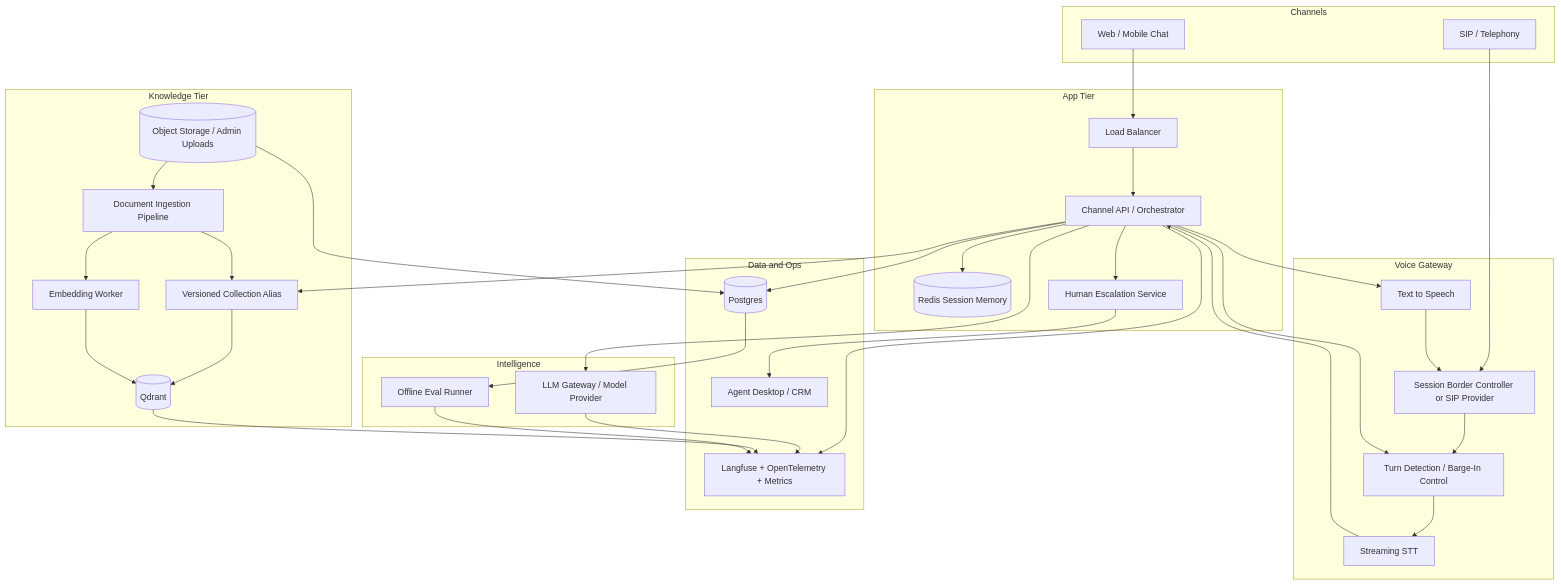
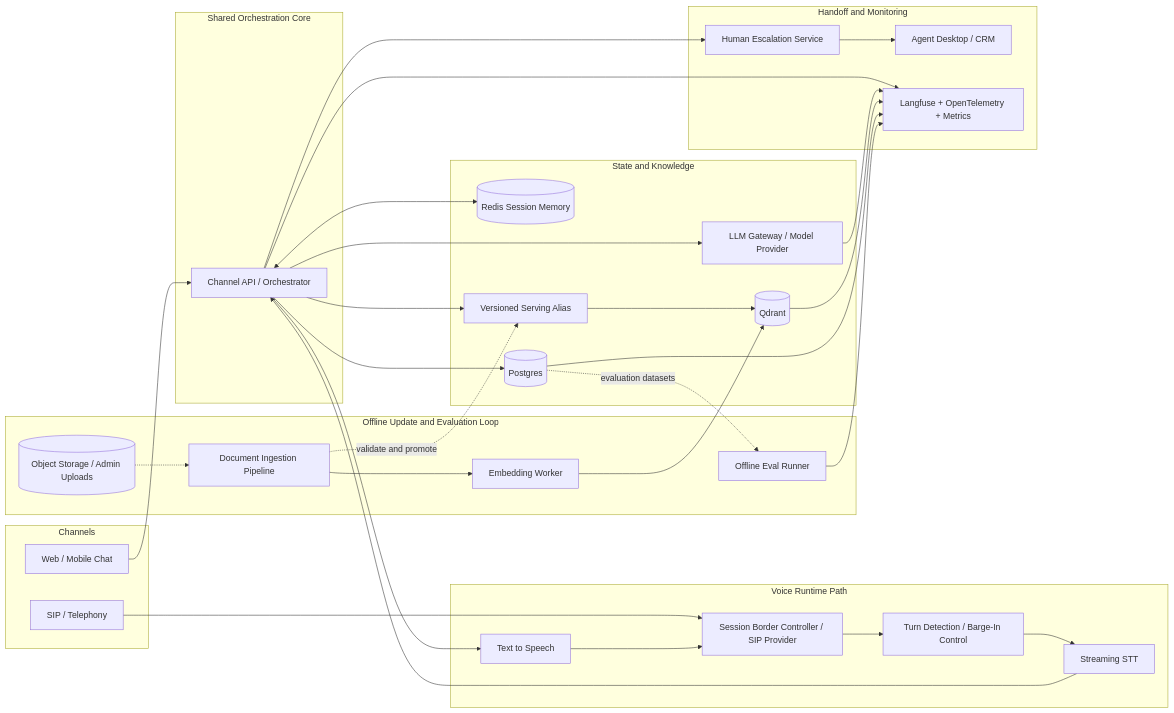
The diagram in Question2/architecture.mmd (Gopalatius/telco-support-ai-agent), drawn with Mermaid before and after one commit. The commit also changed 2 other files, not shown here.

Commit message:
Simplify Q2 architecture diagram layout

```diff
--- a/Question2/architecture.mmd
+++ b/Question2/architecture.mmd
@@ -1,58 +1,56 @@
-flowchart TB
+flowchart LR
     subgraph Channels
-        Web[Web / Mobile Chat]
-        SIP[SIP / Telephony]
+        Chat[Web / Mobile Chat]
+        Voice[SIP / Telephony]
     end
 
-    subgraph Voice Gateway
-        SBC[Session Border Controller or SIP Provider]
+    subgraph Voice_Path[Voice Runtime Path]
+        SBC[Session Border Controller / SIP Provider]
         Turn[Turn Detection / Barge-In Control]
         STT[Streaming STT]
         TTS[Text to Speech]
     end
 
-    subgraph App Tier
-        LB[Load Balancer]
+    subgraph Serving[Shared Orchestration Core]
         API[Channel API / Orchestrator]
-        Memory[(Redis Session Memory)]
-        Escalation[Human Escalation Service]
     end
 
-    subgraph Knowledge Tier
-        Ingestion[Document Ingestion Pipeline]
-        Store[(Object Storage / Admin Uploads)]
-        Embed[Embedding Worker]
+    subgraph State[State and Knowledge]
+        Memory[(Redis Session Memory)]
+        Alias[Versioned Serving Alias]
         Qdrant[(Qdrant)]
-        Alias[Versioned Collection Alias]
+        LLM[LLM Gateway / Model Provider]
+        SQL[(Postgres)]
     end
 
-    subgraph Intelligence
-        LLM[LLM Gateway / Model Provider]
+    subgraph Handoff[Handoff and Monitoring]
+        Escalation[Human Escalation Service]
+        Agents[Agent Desktop / CRM]
+        Obs[Langfuse + OpenTelemetry + Metrics]
+    end
+
+    subgraph Offline[Offline Update and Evaluation Loop]
+        Store[(Object Storage / Admin Uploads)]
+        Ingestion[Document Ingestion Pipeline]
+        Embed[Embedding Worker]
         Eval[Offline Eval Runner]
     end
 
-    subgraph Data and Ops
-        SQL[(Postgres)]
-        Obs[Langfuse + OpenTelemetry + Metrics]
-        Agents[Agent Desktop / CRM]
-    end
+    Chat --> API
+    Voice --> SBC --> Turn --> STT --> API
+    API --> TTS --> SBC
 
-    Web --> LB --> API
-    SIP --> SBC --> Turn --> STT --> API
-    API --> Memory
+    API <--> Memory
     API --> Alias --> Qdrant
     API --> LLM
+    API --> SQL
+
     API --> Escalation --> Agents
-    API --> SQL
     API --> Obs
     LLM --> Obs
     Qdrant --> Obs
-    TTS --> SBC
-    API --> TTS
-    API --> Turn
+    SQL --> Obs
 
-    Store --> Ingestion --> Embed --> Qdrant
-    Ingestion --> Alias
-    Store --> SQL
-    SQL --> Eval
-    Eval --> Obs
+    Store -.-> Ingestion --> Embed --> Qdrant
+    Ingestion -. validate and promote .-> Alias
+    SQL -. evaluation datasets .-> Eval --> Obs
```
